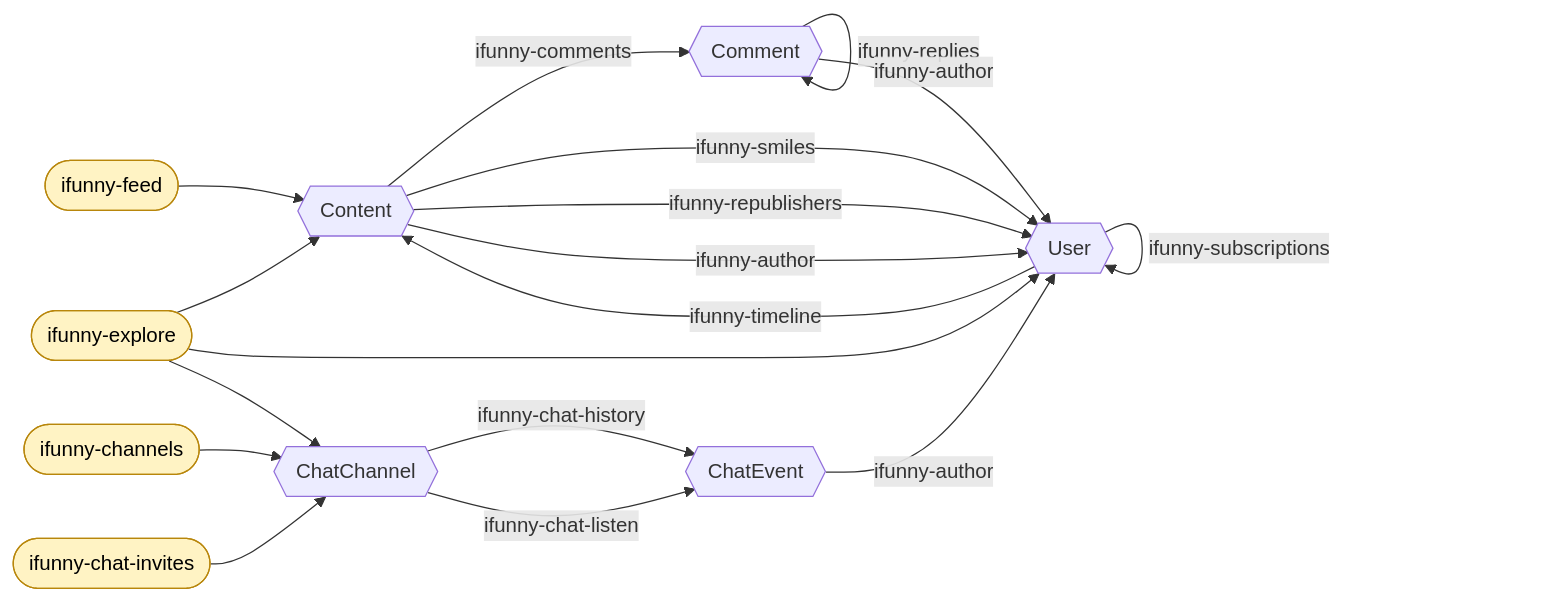
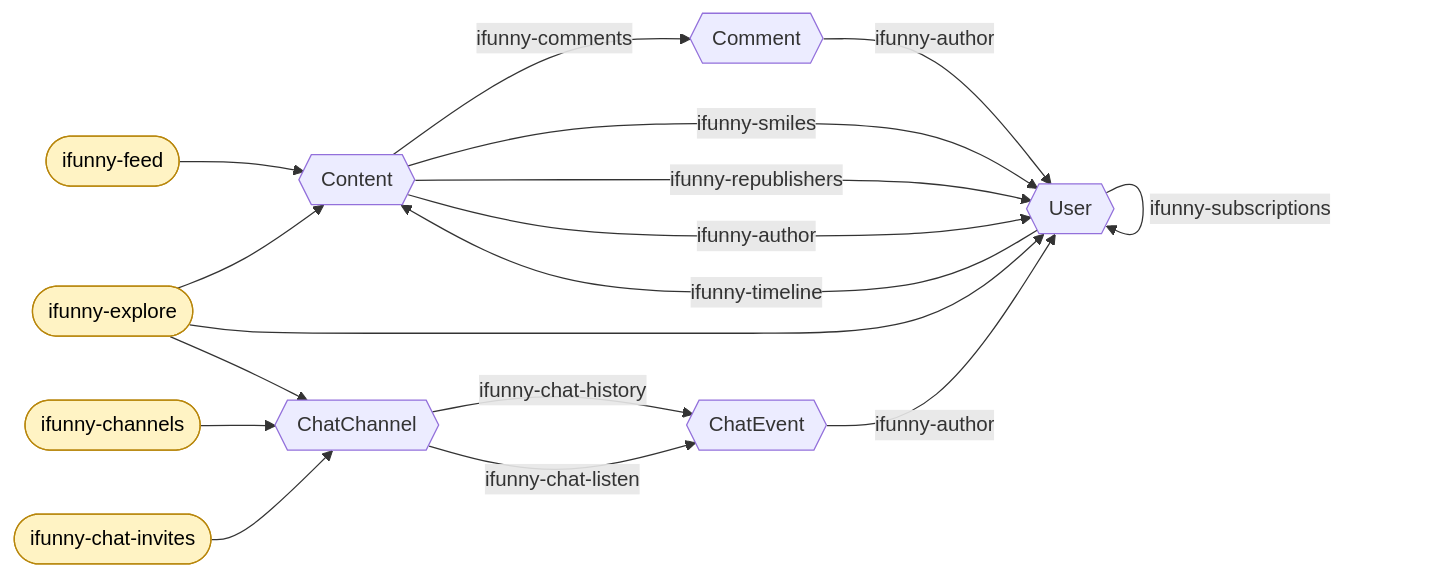
Before and after one commit to psyduck-etl/ifunny: the diagram in README.md, drawn with Mermaid. The commit also changed other lines of this file and 12 other files, not shown here.

````diff
--- a/README.md
+++ b/README.md
@@ -114,33 +114,32 @@
 ```mermaid
 flowchart LR
     F([ifunny-feed]):::seed --> Content
     E([ifunny-explore]):::seed --> Content
     E --> User
     E --> Channel
     CH([ifunny-channels]):::seed --> Channel
     IV([ifunny-chat-invites]):::seed --> Channel
 
     Content -- ifunny-comments --> Comment
     Content -- ifunny-smiles --> User
     Content -- ifunny-republishers --> User
     Content -- ifunny-author --> User
 
-    Comment -- ifunny-replies --> Comment
     Comment -- ifunny-author --> User
 
     User -- ifunny-timeline --> Content
     User -- ifunny-subscribers --> User
     User -- ifunny-subscriptions --> User
 
     Channel -- ifunny-chat-history --> Event
     Channel -- ifunny-chat-listen --> Event
     Event -- ifunny-author --> User
 
     Content{{Content}}
     Comment{{Comment}}
     User{{User}}
     Channel{{ChatChannel}}
     Event{{ChatEvent}}
 
     classDef seed fill:#fff3c4,stroke:#b8860b,color:#000;
 ```
````
